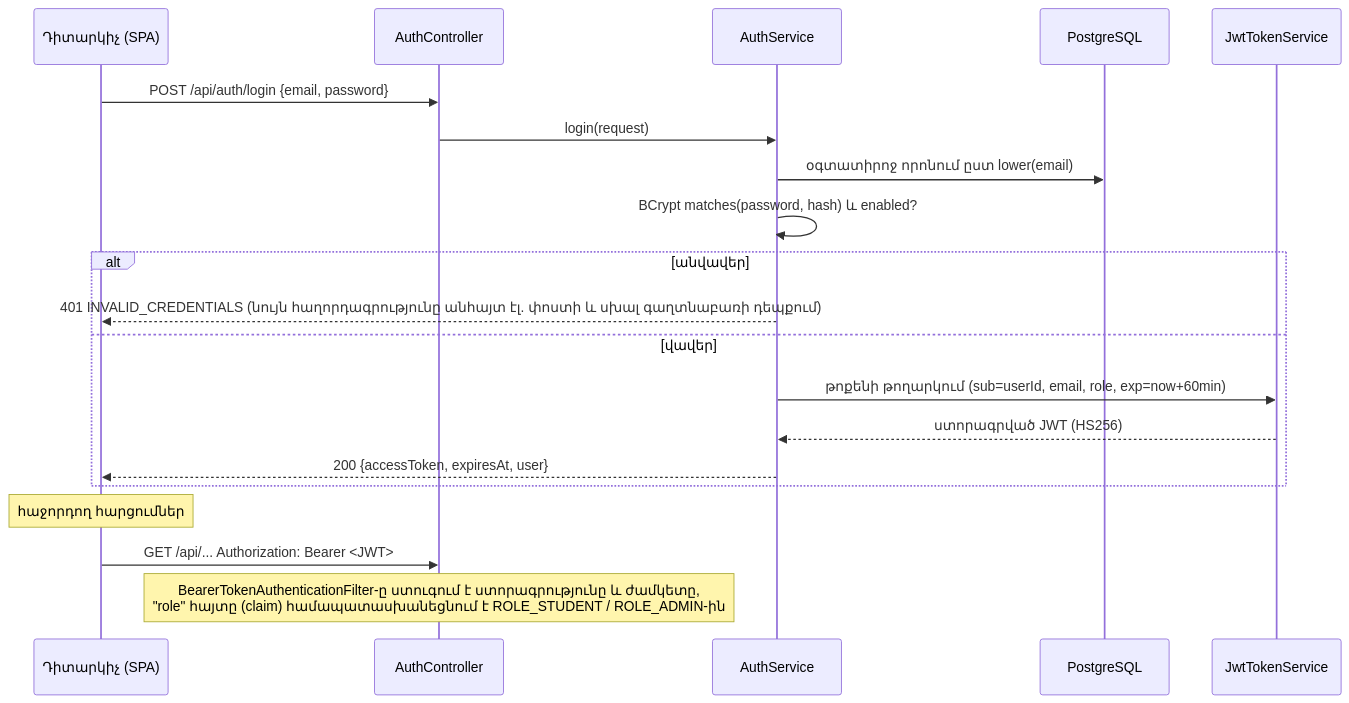
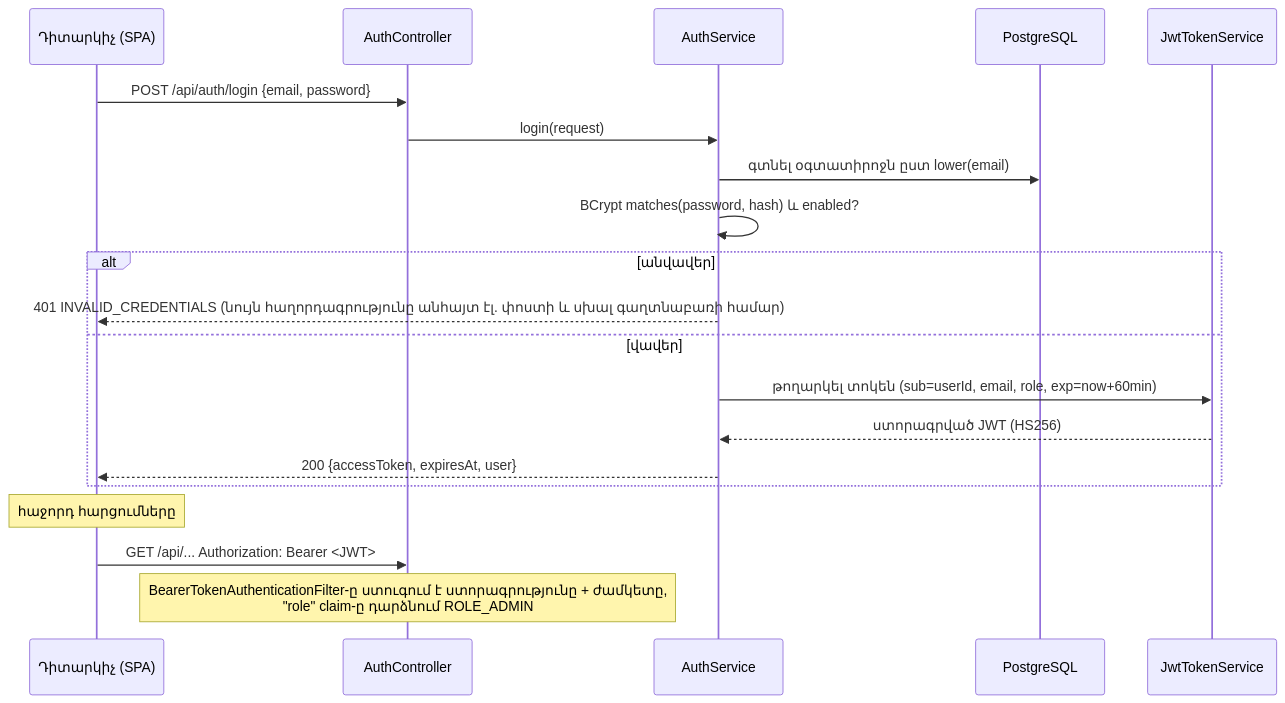
The diagram in docs/hy/10-security.md (baghdasaryanzenfira-spec/cyber-sim), drawn with Mermaid before and after one commit. The commit also changed other lines of this file and 37 other files, not shown here.

````diff
--- a/docs/hy/10-security.md
+++ b/docs/hy/10-security.md
@@ -7,22 +11,22 @@
 ```mermaid
 sequenceDiagram
   participant U as Դիտարկիչ (SPA)
   participant A as AuthController
   participant S as AuthService
   participant DB as PostgreSQL
   participant J as JwtTokenService
   U->>A: POST /api/auth/login {email, password}
   A->>S: login(request)
-  S->>DB: օգտատիրոջ որոնում ըստ lower(email)
+  S->>DB: գտնել օգտատիրոջն ըստ lower(email)
   S->>S: BCrypt matches(password, hash) և enabled?
   alt անվավեր
-    S-->>U: 401 INVALID_CREDENTIALS (նույն հաղորդագրությունը անհայտ էլ. փոստի և սխալ գաղտնաբառի դեպքում)
+    S-->>U: 401 INVALID_CREDENTIALS (նույն հաղորդագրությունը անհայտ էլ. փոստի և սխալ գաղտնաբառի համար)
   else վավեր
-    S->>J: թոքենի թողարկում (sub=userId, email, role, exp=now+60min)
+    S->>J: թողարկել տոկեն (sub=userId, email, role, exp=now+60min)
     J-->>S: ստորագրված JWT (HS256)
     S-->>U: 200 {accessToken, expiresAt, user}
   end
-  Note over U: հաջորդող հարցումներ
+  Note over U: հաջորդ հարցումները
   U->>A: GET /api/... Authorization: Bearer <JWT>
-  Note over A: BearerTokenAuthenticationFilter-ը ստուգում է ստորագրությունը և ժամկետը,<br/>"role" հայտը (claim) համապատասխանեցնում է ROLE_STUDENT / ROLE_ADMIN-ին
+  Note over A: BearerTokenAuthenticationFilter-ը ստուգում է ստորագրությունը + ժամկետը,<br/>"role" claim-ը դարձնում ROLE_ADMIN
 ```
````
